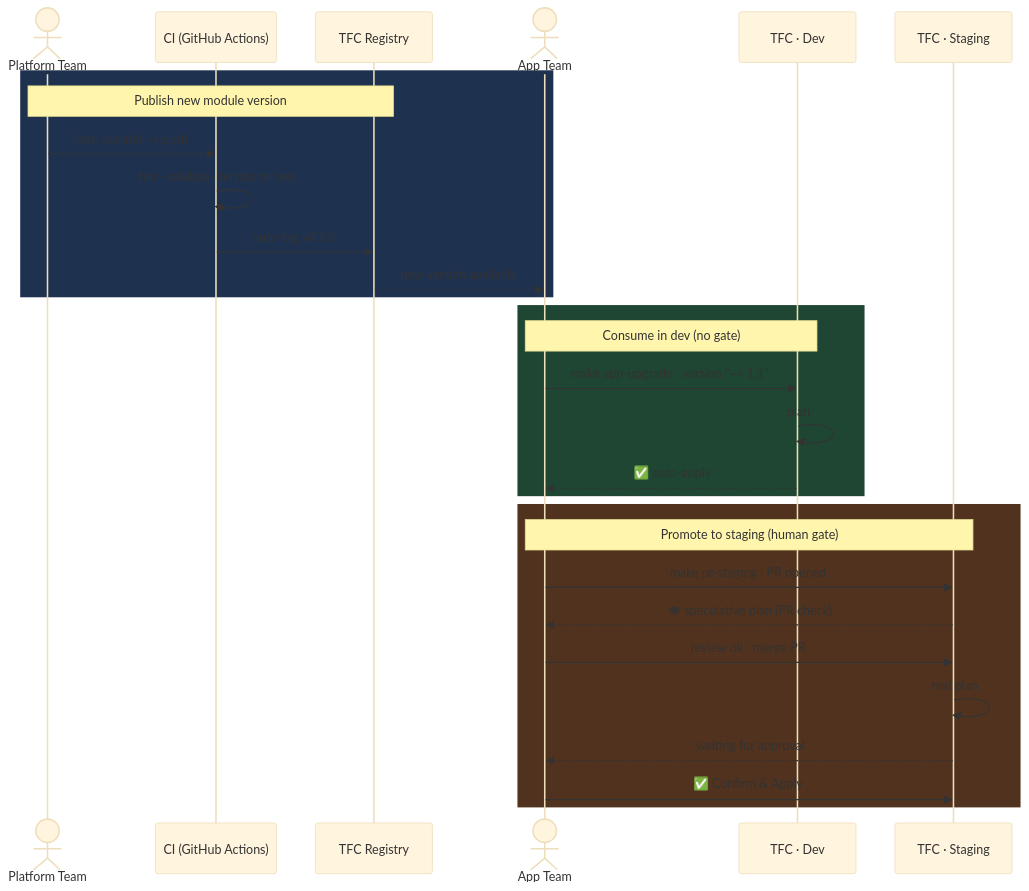
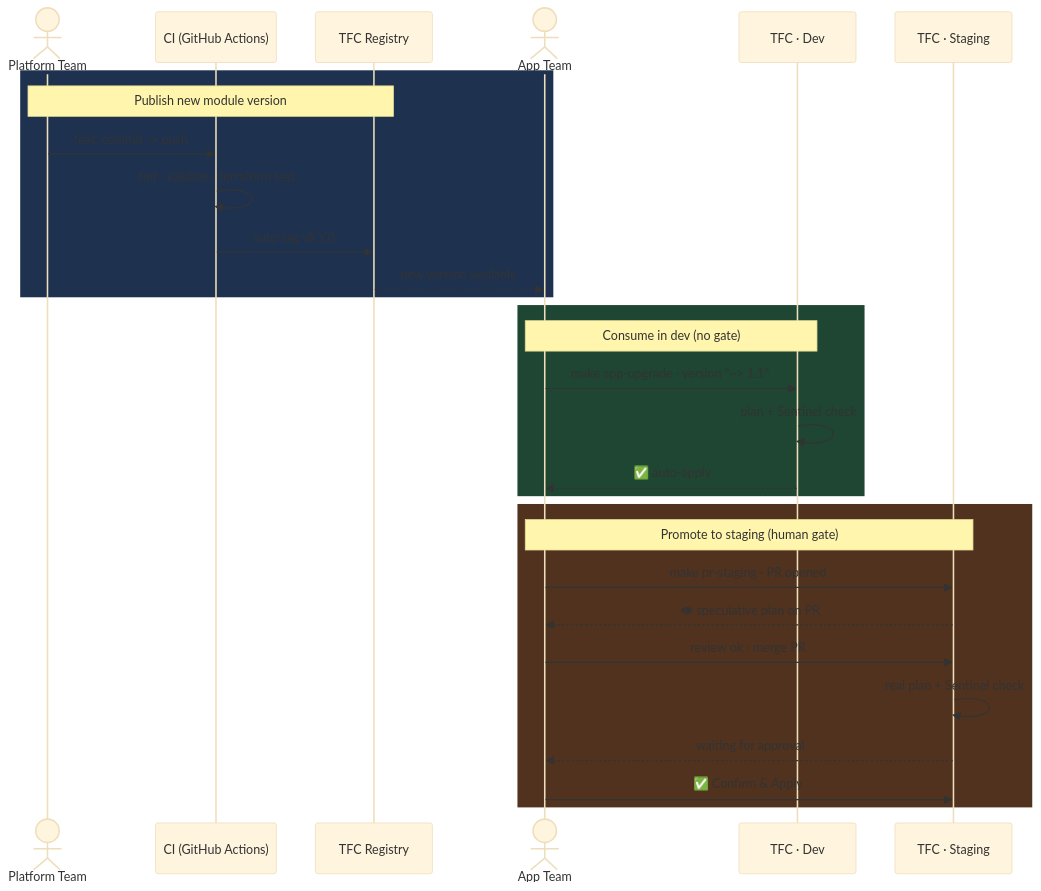
One commit to ngphban00/acme-demo-runbook changed the diagram in README.md. Above: the diagram before and after it, drawn with Mermaid (base theme). The commit also changed other lines of this file, not shown here.

Commit message:
docs: rewrite README as self-service setup guide for any user with 3-repo architecture

````diff
--- a/README.md
+++ b/README.md
@@ -73,34 +196,34 @@
 ```mermaid
 sequenceDiagram
     actor PT as Platform Team
     participant CI as CI (GitHub Actions)
     participant REG as TFC Registry
     actor AT as App Team
     participant DEV as TFC · Dev
     participant STG as TFC · Staging
 
     rect rgb(30, 50, 80)
         note over PT,REG: Publish new module version
         PT->>CI: feat: commit → push
         CI->>CI: fmt · validate · terraform test
         CI->>REG: auto-tag vX.Y.0
         REG-->>AT: new version available
     end
 
     rect rgb(30, 70, 50)
         note over AT,DEV: Consume in dev (no gate)
         AT->>DEV: make app-upgrade · version "~> 1.1"
-        DEV->>DEV: plan
+        DEV->>DEV: plan + Sentinel check
         DEV-->>AT: ✅ auto-apply
     end
 
     rect rgb(80, 50, 30)
         note over AT,STG: Promote to staging (human gate)
         AT->>STG: make pr-staging · PR opened
-        STG-->>AT: 👁 speculative plan (PR check)
+        STG-->>AT: 👁 speculative plan on PR
         AT->>STG: review ok · merge PR
-        STG->>STG: real plan
+        STG->>STG: real plan + Sentinel check
         STG-->>AT: waiting for approval
         AT->>STG: ✅ Confirm & Apply
     end
 ```
````
